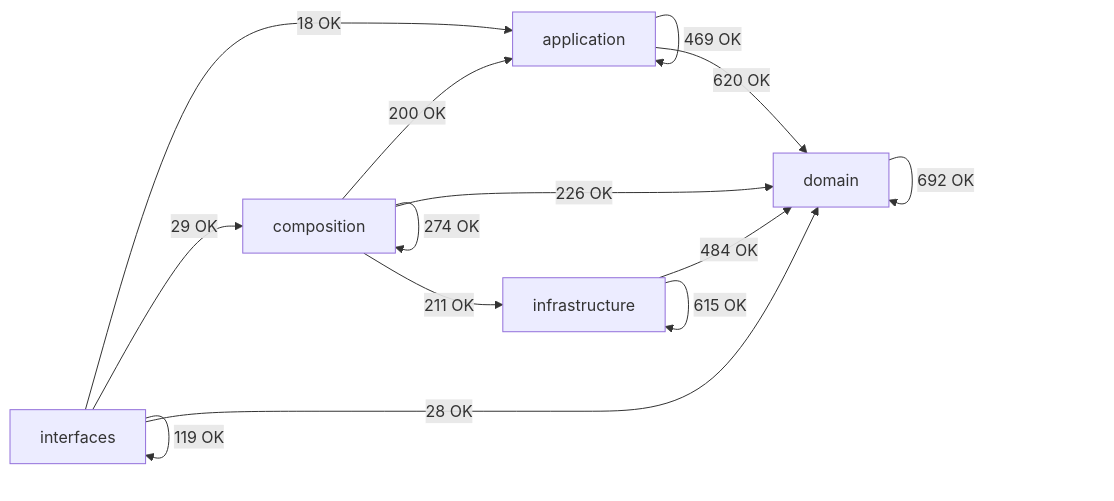
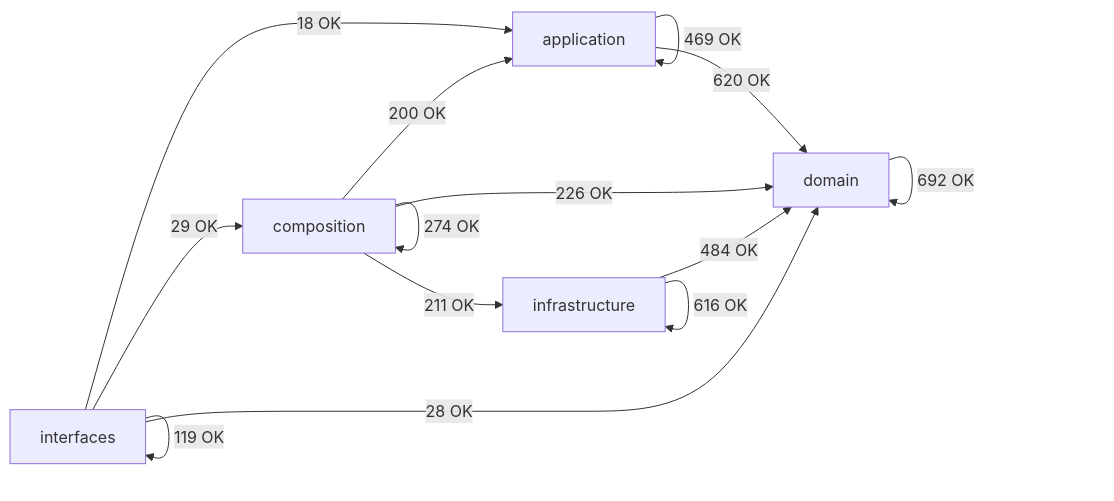
The diagram in docs/02-architecture/generated/module-dependency-map.md (SatoryKono/BioactivityDataAcquisition), drawn with Mermaid before and after one commit. The commit also changed other lines of this file and 21 other files, not shown here.

````diff
--- a/docs/02-architecture/generated/module-dependency-map.md
+++ b/docs/02-architecture/generated/module-dependency-map.md
@@ -16,21 +16,21 @@
 ```mermaid
 flowchart LR
     domain[domain]
     application[application]
     infrastructure[infrastructure]
     composition[composition]
     interfaces[interfaces]
     application -->|469 OK| application
     application -->|620 OK| domain
     composition -->|200 OK| application
     composition -->|274 OK| composition
     composition -->|226 OK| domain
     composition -->|211 OK| infrastructure
     domain -->|692 OK| domain
     infrastructure -->|484 OK| domain
-    infrastructure -->|615 OK| infrastructure
+    infrastructure -->|616 OK| infrastructure
     interfaces -->|18 OK| application
     interfaces -->|29 OK| composition
     interfaces -->|28 OK| domain
     interfaces -->|119 OK| interfaces
 ```
````
